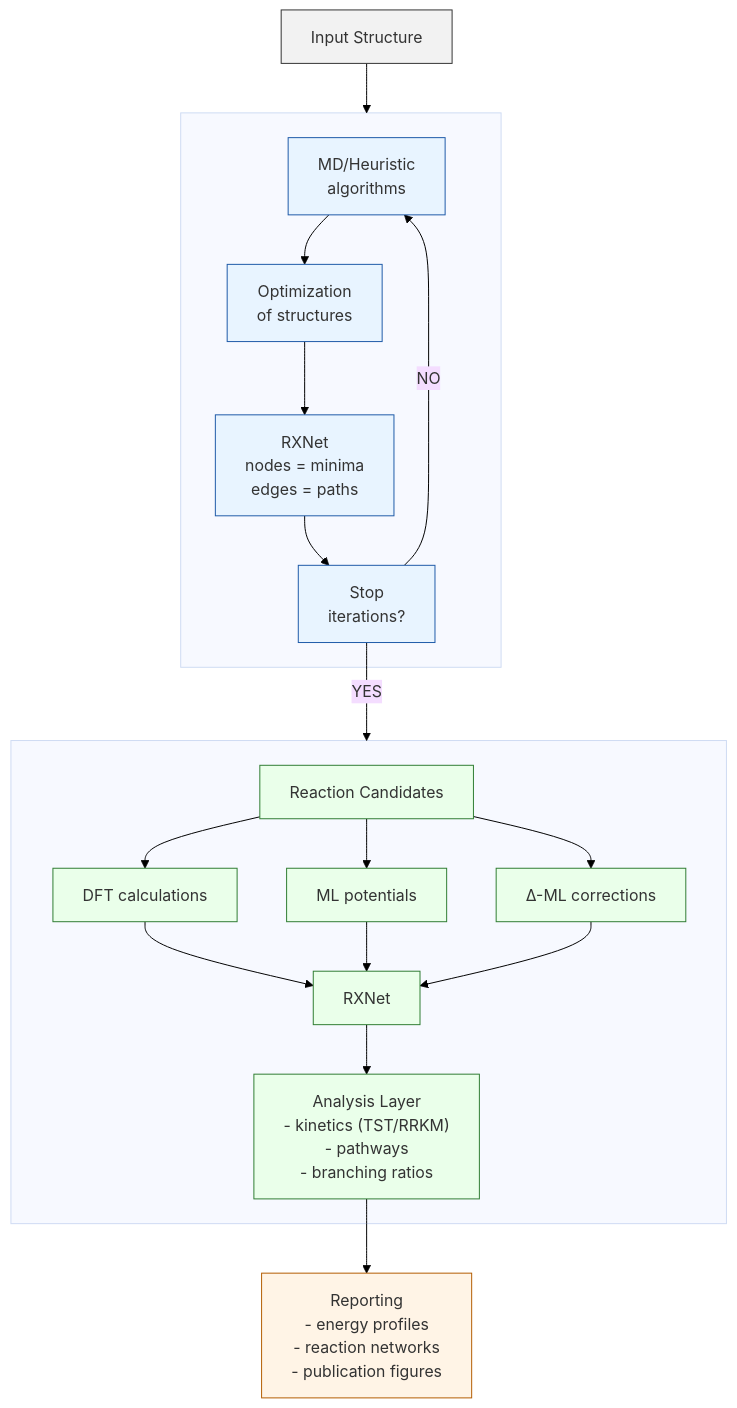
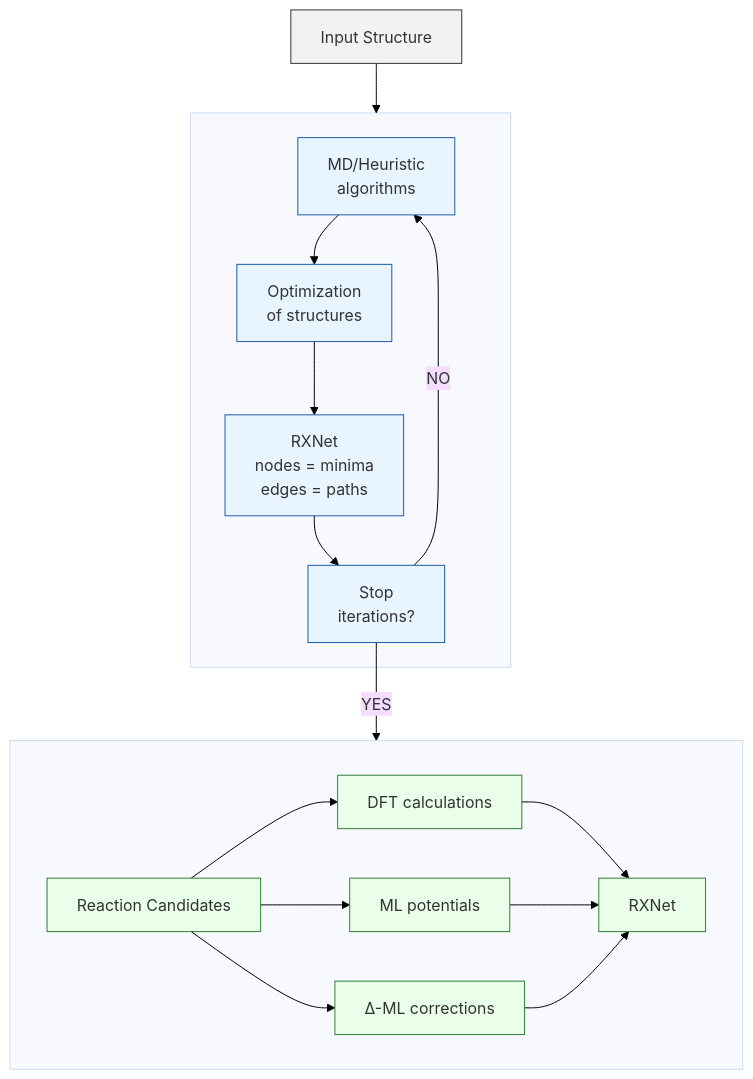
Before and after one commit to emartineznunez/mermaid: the diagram in diagrams/diagrama.mmd, drawn with Mermaid.

```diff
--- a/diagrams/diagrama.mmd
+++ b/diagrams/diagrama.mmd
@@ -1,69 +1,66 @@
 %%{init: {
   'theme': 'base',
   'themeVariables': {
     'background': '#ffffff'
   }
 }}%%
 
 flowchart TD
 
 %% =========================
 %% Input
 %% =========================
 A["Input Structure"]
 
 %% =========================
 %% Exploration layer
 %% =========================
 subgraph EXP[" "]
 B1["MD/Heuristic\n algorithms "]
 B2["Optimization\n of structures"]
 B3["RXNet\nnodes = minima\nedges = paths"]
 B4["Stop\niterations?"]
 
 B1 --> B2 --> B3 --> B4
 B4 -->|NO| B1
 end
 
 A --> EXP
 
 %% =========================
 %% Refinement layer
 %% =========================
 subgraph REF[" "]
 C[Reaction Candidates]
 
 C --> D["DFT calculations"]
 C --> E["ML potentials"]
 C --> F["Δ-ML corrections"]
 
 D --> G["RXNet"]
 E --> G
 F --> G
 
-G --> H["Analysis Layer\n- kinetics (TST/RRKM)\n- pathways\n- branching ratios"]
+
 end
 
 B4 -->|YES| REF
 
-%% =========================
-%% Output
-%% =========================
-H --> I["Reporting\n- energy profiles\n- reaction networks\n- publication figures"]
+
 
 %% =========================
 %% STYLING
 %% =========================
 
 classDef inputFill fill:#f2f2f2,stroke:#333,stroke-width:1px,fill-opacity:1;
 classDef expFill fill:#e8f4ff,stroke:#1e5aa8,stroke-width:1px,fill-opacity:1;
 classDef refFill fill:#eaffea,stroke:#2f7d32,stroke-width:1px,fill-opacity:1;
 classDef outFill fill:#fff4e6,stroke:#b35c00,stroke-width:1px,fill-opacity:1;
 
 class A inputFill;
 
 class B1,B2,B3,B4 expFill;
 
 class C,D,E,F,G,H refFill;
 
 class I outFill;
```
